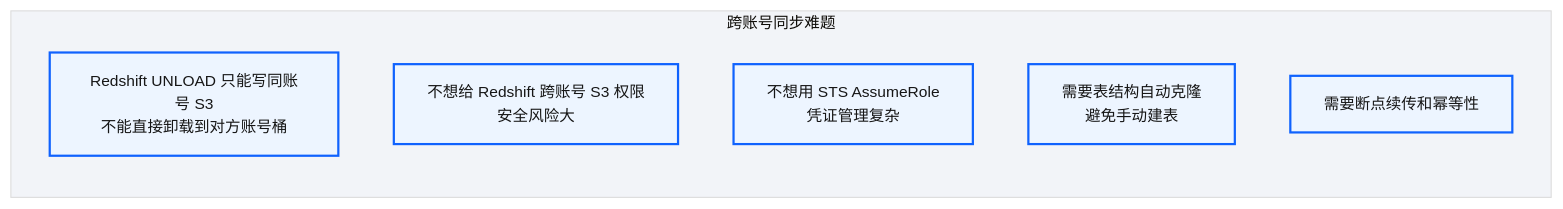
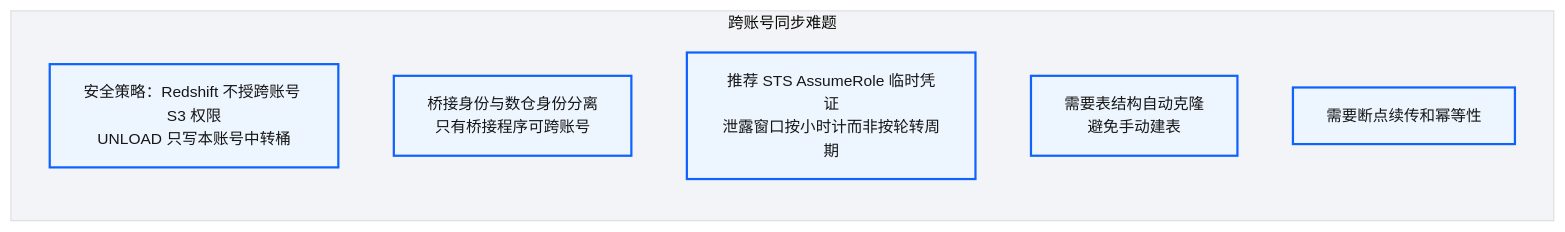
One commit to zhiweio/from-data-to-intelligence changed the first of 8 diagrams in docs/32-跨账号批量同步-双桶桥接架构.md. Above: the diagram before and after it, drawn with Mermaid. The commit also changed other lines of this file and 69 other files, not shown here.

````diff
--- a/docs/32-跨账号批量同步-双桶桥接架构.md
+++ b/docs/32-跨账号批量同步-双桶桥接架构.md
@@ -30,14 +34,14 @@
 ```mermaid
 %%{init: {'theme':'base','themeVariables':{'primaryColor':'#edf5ff','primaryTextColor':'#161616','primaryBorderColor':'#0f62fe','lineColor':'#697077','secondaryColor':'#d9fbfb','tertiaryColor':'#f2f4f8','fontSize':'14px'}}}%%
 flowchart LR
  subgraph 难题["跨账号同步难题"]
- P1[ Redshift UNLOAD 只能写同账号 S3<br/>不能直接卸载到对方账号桶]
- P2[ 不想给 Redshift 跨账号 S3 权限<br/>安全风险大]
- P3[ 不想用 STS AssumeRole<br/>凭证管理复杂]
+ P1[ 安全策略：Redshift 不授跨账号 S3 权限<br/>UNLOAD 只写本账号中转桶]
+ P2[ 桥接身份与数仓身份分离<br/>只有桥接程序可跨账号]
+ P3[ 推荐 STS AssumeRole 临时凭证<br/>泄露窗口按小时计而非按轮转周期]
  P4[ 需要表结构自动克隆<br/>避免手动建表]
  P5[ 需要断点续传和幂等性]
  end
 classDef bpProcess fill:#edf5ff,stroke:#0f62fe,stroke-width:2px,color:#161616
 class P1,P2,P3,P4,P5 bpProcess
 linkStyle default stroke:#697077,stroke-width:2px
 ```
````
